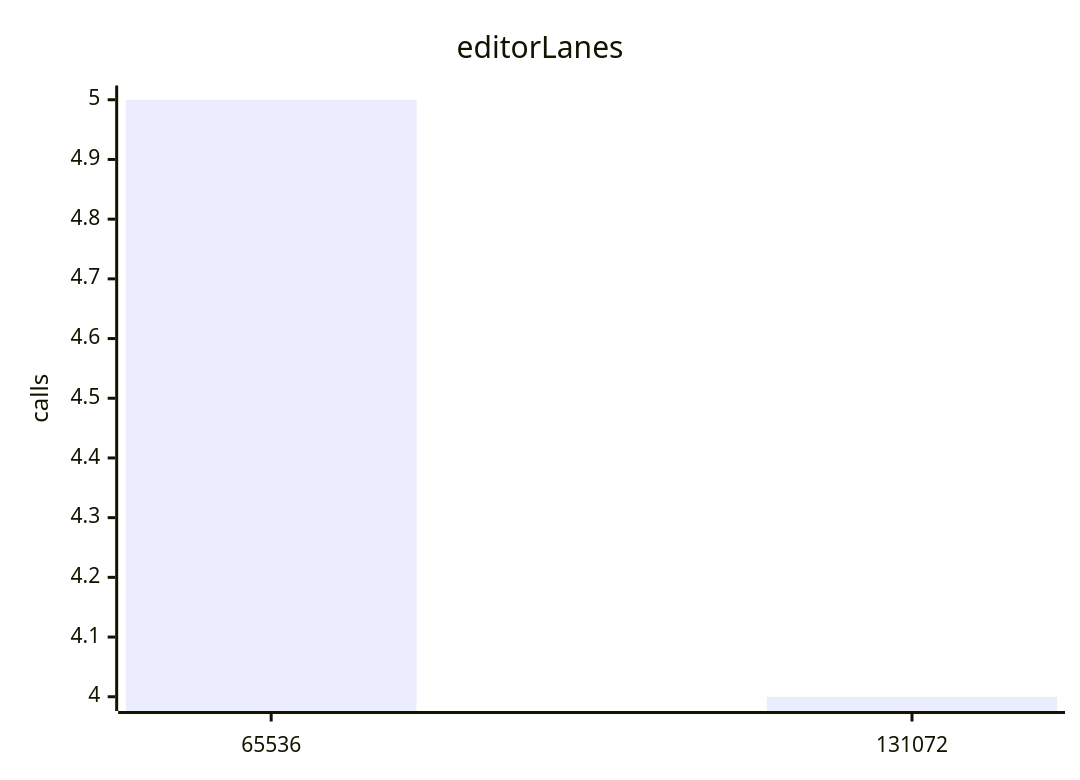
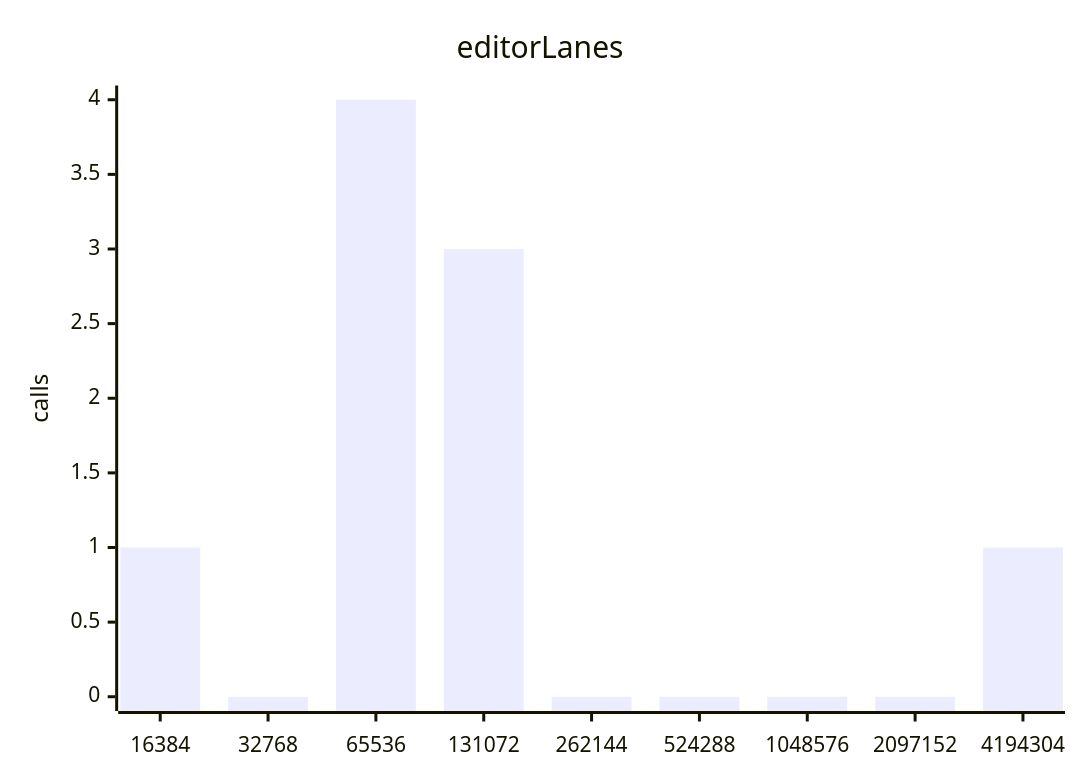
Before and after one commit to jrengmusic/eve: the eighth of 10 diagrams in benchmark/control-report.md, drawn with Mermaid. The commit also changed other lines of this file and 37 other files, not shown here.

````diff
--- a/benchmark/control-report.md
+++ b/benchmark/control-report.md
@@ -1491,7 +1491,7 @@
 ```mermaid
 xychart-beta
 title "editorLanes"
-x-axis ["65536", "131072"]
+x-axis ["16384", "32768", "65536", "131072", "262144", "524288", "1048576", "2097152", "4194304"]
 y-axis "calls"
-bar [5.00000000000000000, 4.00000000000000000]
+bar [1.00000000000000000, 0.00000000000000000, 4.00000000000000000, 3.00000000000000000, 0.00000000000000000, 0.00000000000000000, 0.00000000000000000, 0.00000000000000000, 1.00000000000000000]
 ```
````
